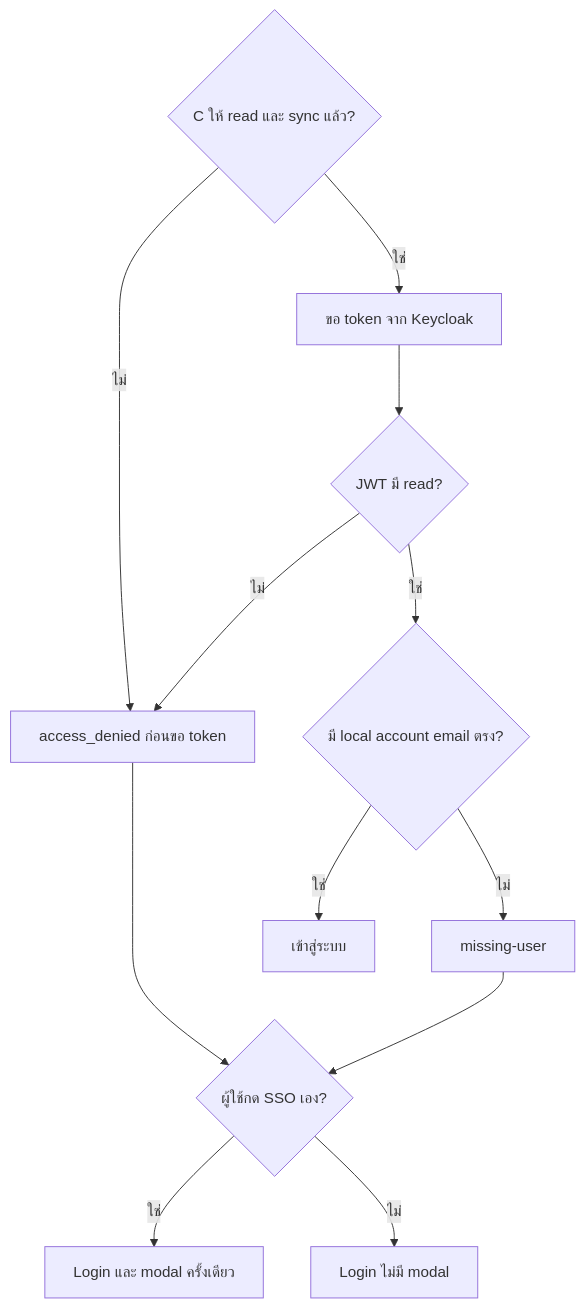
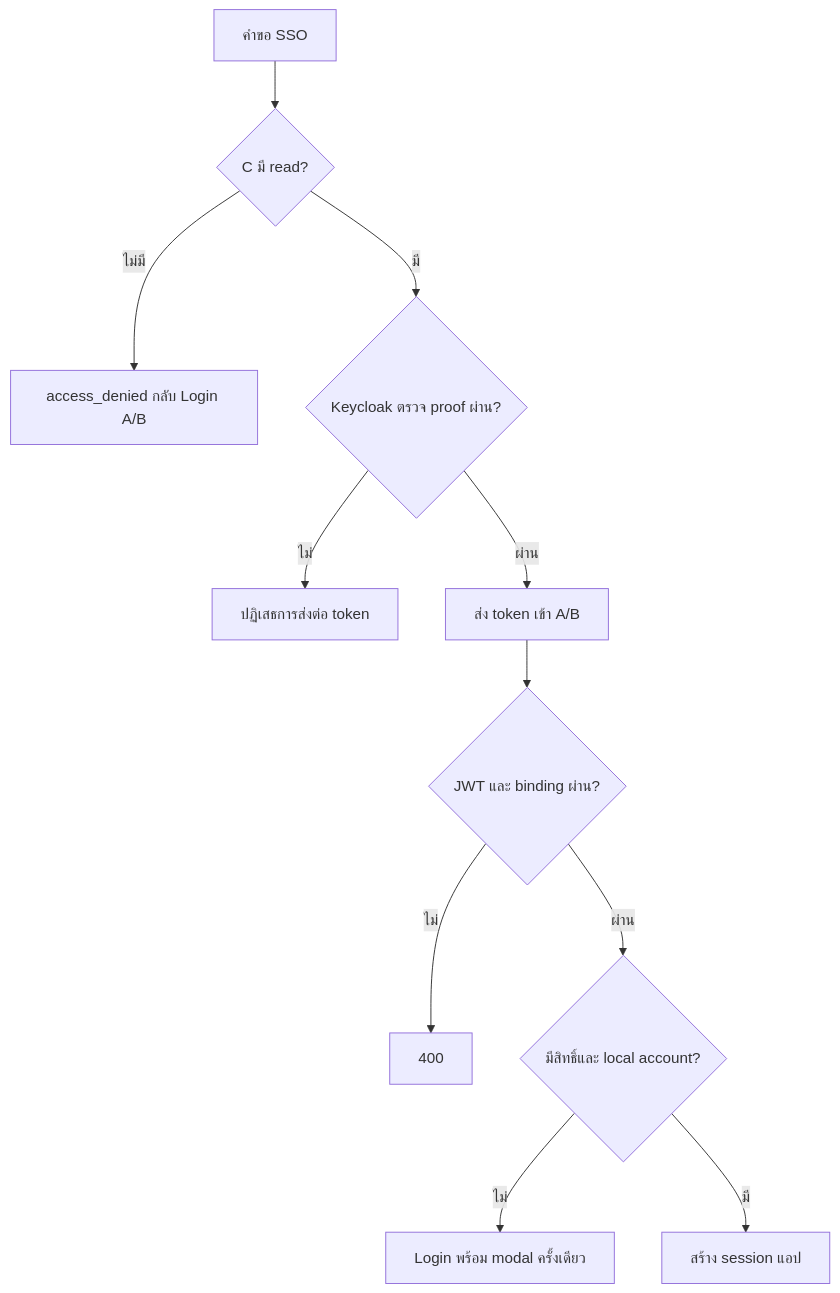
Before and after one commit to Sin1apachai/poc_sso: the tenth of 20 diagrams in docs/flows/LOGIN-AND-SESSION.md, drawn with Mermaid. The commit also changed other lines of this file and 149 other files, not shown here.

First line of the commit message:
Use one shared SSO token and simplify login handoff

````diff
--- a/docs/flows/LOGIN-AND-SESSION.md
+++ b/docs/flows/LOGIN-AND-SESSION.md
@@ -228,14 +247,13 @@
 ```mermaid
 flowchart TD
-    C{C ให้ read และ sync แล้ว?} -->|ไม่| D[access_denied ก่อนขอ token]
-    C -->|ใช่| T[ขอ token จาก Keycloak]
-    T --> P{JWT มี read?}
-    P -->|ไม่| D
-    P -->|ใช่| U{มี local account email ตรง?}
-    U -->|ไม่| M[missing-user]
-    U -->|ใช่| H[เข้าสู่ระบบ]
-    D --> E{ผู้ใช้กด SSO เอง?}
-    M --> E
-    E -->|ใช่| N[Login และ modal ครั้งเดียว]
-    E -->|ไม่| L[Login ไม่มี modal]
+S[คำขอ SSO] --> C{C มี read?}
+    C -->|ไม่มี| D[access_denied กลับ Login A/B]
+    C -->|มี| K{Keycloak ตรวจ proof ผ่าน?}
+    K -->|ไม่| E[ปฏิเสธการส่งต่อ token]
+    K -->|ผ่าน| T[ส่ง token เข้า A/B]
+    T --> V{JWT และ binding ผ่าน?}
+    V -->|ไม่| B[400]
+    V -->|ผ่าน| A{มีสิทธิ์และ local account?}
+    A -->|ไม่| M[Login พร้อม modal ครั้งเดียว]
+    A -->|มี| H[สร้าง session แอป]
 ```
````
